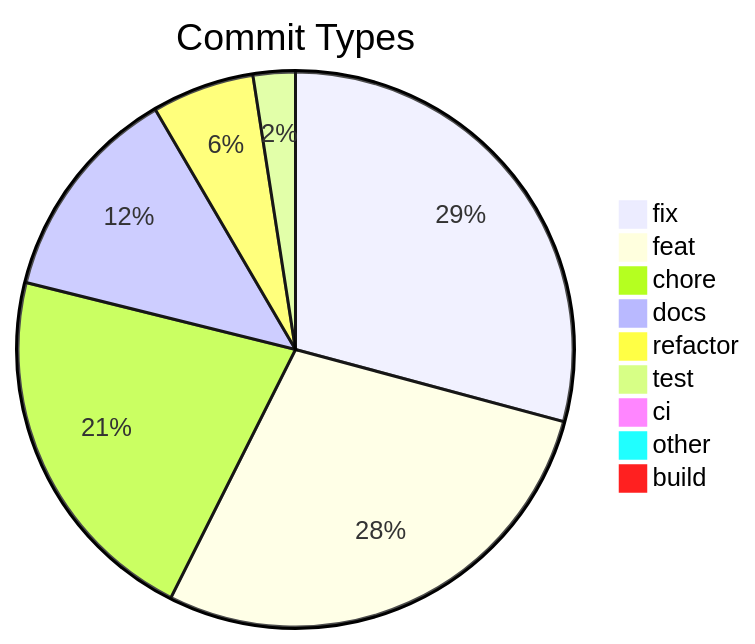
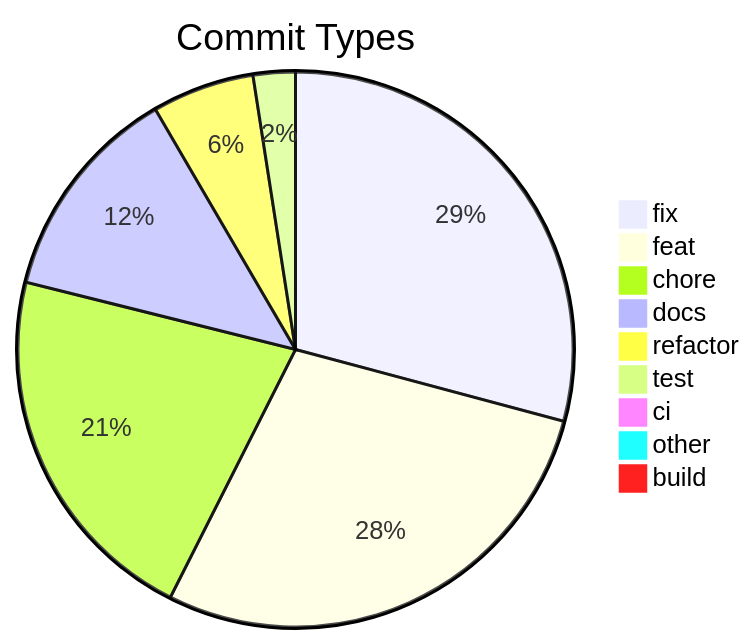
The diagram in .shipwright/compliance/change-history.md (svenroth-ai/shipwright), drawn with Mermaid before and after one commit. The commit also changed other lines of this file and 47 other files, not shown here.

````diff
--- a/.shipwright/compliance/change-history.md
+++ b/.shipwright/compliance/change-history.md
@@ -8,12 +8,12 @@
 ```mermaid
 pie title Commit Types
     "fix" : 333
-    "feat" : 322
+    "feat" : 323
     "chore" : 245
     "docs" : 145
     "refactor" : 68
     "test" : 28
     "ci" : 11
     "other" : 9
     "build" : 1
 ```
````
